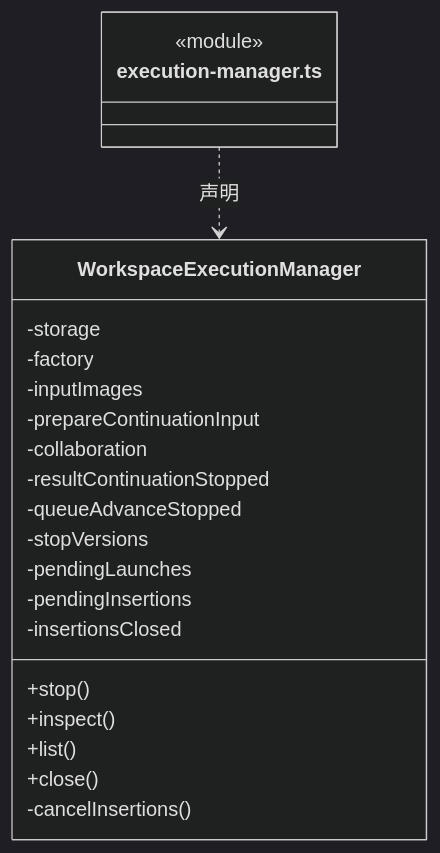
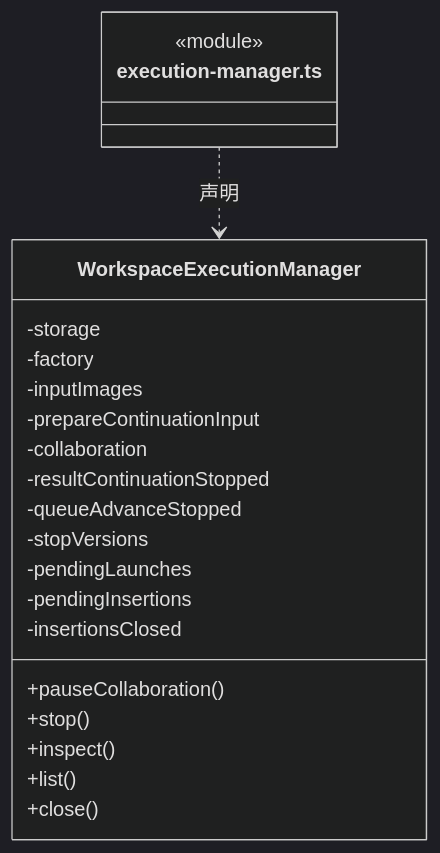
Before and after one commit to nan023062/cbim: the fourth of 12 diagrams in src/backend/scheduler-engine/conversation/ARCHITECTURE.md, drawn with Mermaid (dark theme). The commit also changed other lines of this file and 130 other files, not shown here.

````diff
--- a/src/backend/scheduler-engine/conversation/ARCHITECTURE.md
+++ b/src/backend/scheduler-engine/conversation/ARCHITECTURE.md
@@ -143,25 +143,25 @@
 ```mermaid
 classDiagram
 class N_src_backend_scheduler_engine_conversation_execution_manager_ts["execution-manager.ts"] {
   <<module>>
 }
 class N_src_backend_scheduler_engine_conversation_execution_manager_ts_WorkspaceExecutionManager["WorkspaceExecutionManager"] {
+  +pauseCollaboration()
   +stop()
   +inspect()
   +list()
   +close()
   -storage
   -factory
   -inputImages
   -prepareContinuationInput
   -collaboration
   -resultContinuationStopped
   -queueAdvanceStopped
   -stopVersions
   -pendingLaunches
   -pendingInsertions
   -insertionsClosed
-  -cancelInsertions()
 }
 N_src_backend_scheduler_engine_conversation_execution_manager_ts ..> N_src_backend_scheduler_engine_conversation_execution_manager_ts_WorkspaceExecutionManager : 声明
 ```
````
